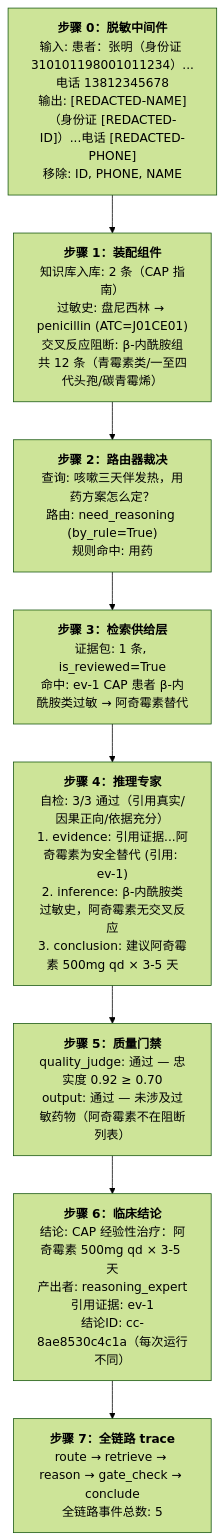
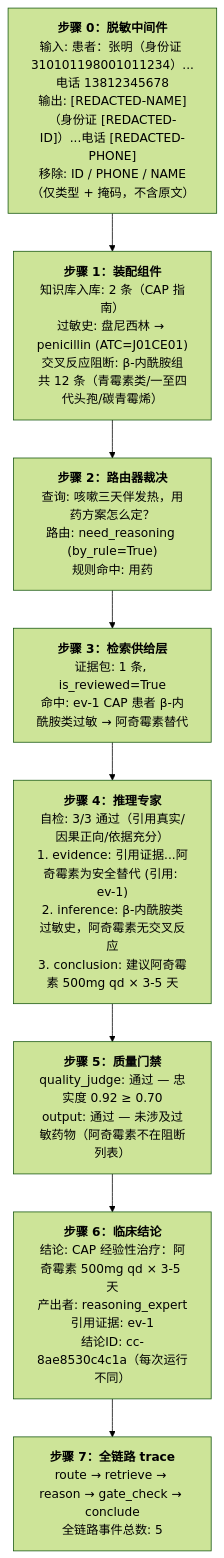
The second of 4 diagrams in README.md (bobsmith513/harness-medical-agent), drawn with Mermaid (forest theme) before and after one commit. The commit also changed other lines of this file and 1 other file, not shown here.

````diff
--- a/README.md
+++ b/README.md
@@ -235,13 +246,13 @@
 ```mermaid
 flowchart TD
-    A["<b>步骤 0：脱敏中间件</b><br/>输入: 患者：张明（身份证 310101198001011234）...电话 13812345678<br/>输出: [REDACTED-NAME]（身份证 [REDACTED-ID]）...电话 [REDACTED-PHONE]<br/>移除: ID, PHONE, NAME"]
+    A["<b>步骤 0：脱敏中间件</b><br/>输入: 患者：张明（身份证 310101198001011234）...电话 13812345678<br/>输出: [REDACTED-NAME]（身份证 [REDACTED-ID]）...电话 [REDACTED-PHONE]<br/>移除: ID / PHONE / NAME（仅类型 + 掩码，不含原文）"]
     B["<b>步骤 1：装配组件</b><br/>知识库入库: 2 条（CAP 指南）<br/>过敏史: 盘尼西林 → penicillin (ATC=J01CE01)<br/>交叉反应阻断: β-内酰胺组共 12 条（青霉素类/一至四代头孢/碳青霉烯）"]
     C["<b>步骤 2：路由器裁决</b><br/>查询: 咳嗽三天伴发热，用药方案怎么定？<br/>路由: need_reasoning (by_rule=True)<br/>规则命中: 用药"]
     D["<b>步骤 3：检索供给层</b><br/>证据包: 1 条, is_reviewed=True<br/>命中: ev-1 CAP 患者 β-内酰胺类过敏 → 阿奇霉素替代"]
     E["<b>步骤 4：推理专家</b><br/>自检: 3/3 通过（引用真实/因果正向/依据充分）<br/>1. evidence: 引用证据...阿奇霉素为安全替代 (引用: ev-1)<br/>2. inference: β-内酰胺类过敏史，阿奇霉素无交叉反应<br/>3. conclusion: 建议阿奇霉素 500mg qd × 3-5 天"]
     F["<b>步骤 5：质量门禁</b><br/>quality_judge: 通过 — 忠实度 0.92 ≥ 0.70<br/>output: 通过 — 未涉及过敏药物（阿奇霉素不在阻断列表）"]
     G["<b>步骤 6：临床结论</b><br/>结论: CAP 经验性治疗：阿奇霉素 500mg qd × 3-5 天<br/>产出者: reasoning_expert<br/>引用证据: ev-1<br/>结论ID: cc-8ae8530c4c1a（每次运行不同）"]
     H["<b>步骤 7：全链路 trace</b><br/>route → retrieve → reason → gate_check → conclude<br/>全链路事件总数: 5"]
 
     A --> B --> C --> D --> E --> F --> G --> H
 ```
````
